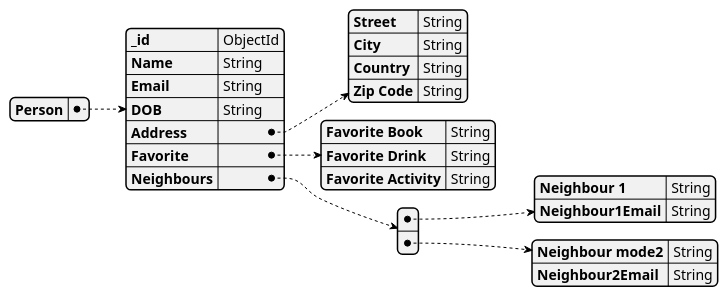
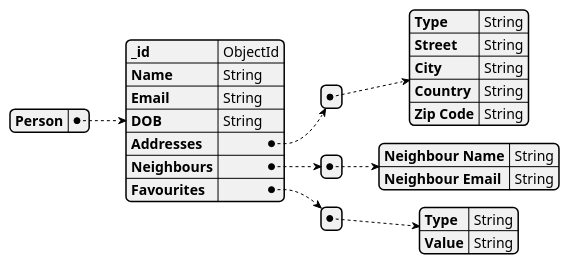
The diagram in Assessment/TASK2/nosql.plantuml (sudefidan/Advanced_Database), drawn with PlantUML before and after one commit. The commit also changed 2 other files, not shown here.

```diff
--- a/Assessment/TASK2/nosql.plantuml
+++ b/Assessment/TASK2/nosql.plantuml
@@ -1,31 +1,31 @@
 @startjson
 {
   "Person": {
     "_id": "ObjectId",
     "Name": "String",
     "Email": "String",
     "DOB": "String",
-    "Address": {
+    "Addresses": [
+      {
+      "Type": "String",
       "Street": "String",
       "City": "String",
       "Country": "String",
       "Zip Code": "String"
-    },
-    "Favorite": {
-      "Favorite Book": "String",
-      "Favorite Drink": "String",
-      "Favorite Activity": "String"
-    },
+      }
+    ],
     "Neighbours": [
       {
-        "Neighbour 1": "String",
-        "Neighbour1Email": "String"
-      },
+        "Neighbour Name": "String",
+        "Neighbour Email": "String"
+      }
+    ],
+    "Favourites": [
       {
-        "Neighbour mode2": "String",
-        "Neighbour2Email": "String"
+        "Type": "String",
+        "Value": "String"
       }
     ]
   }
 }
 @endjson
```
